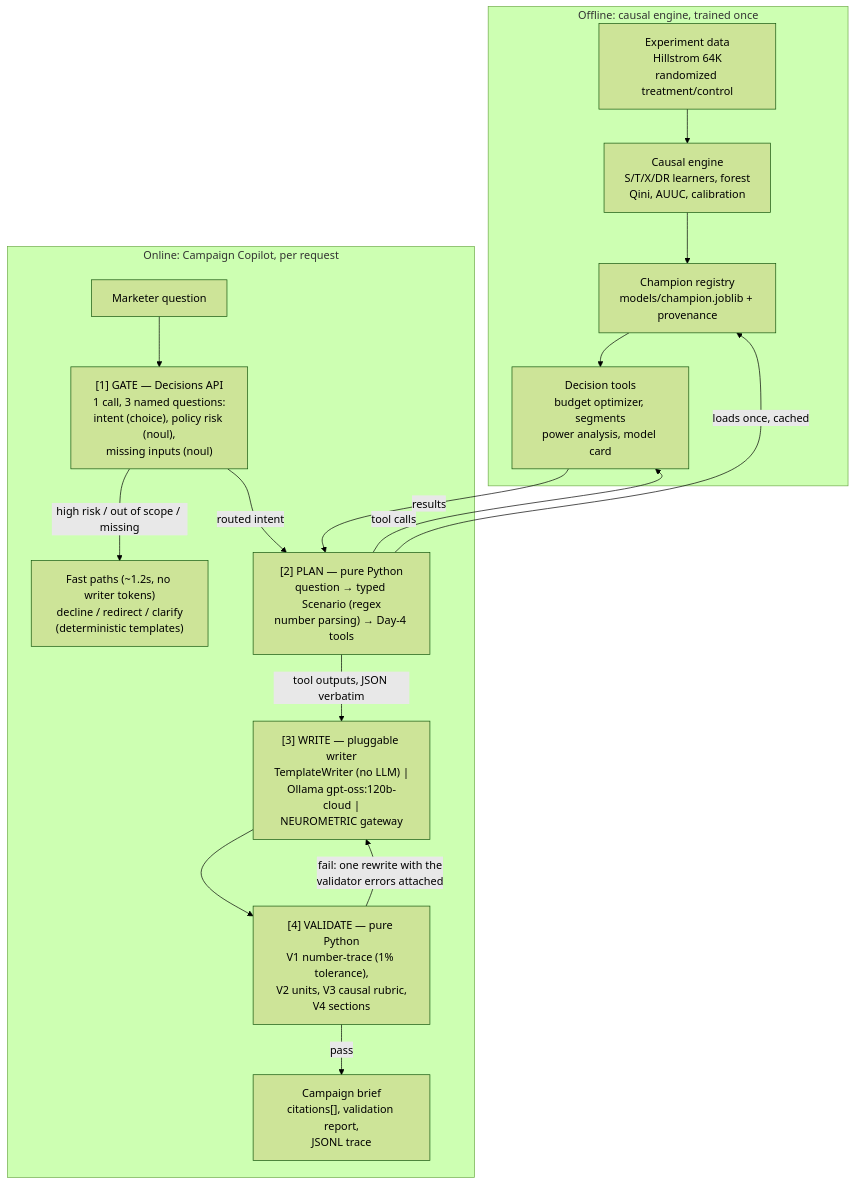
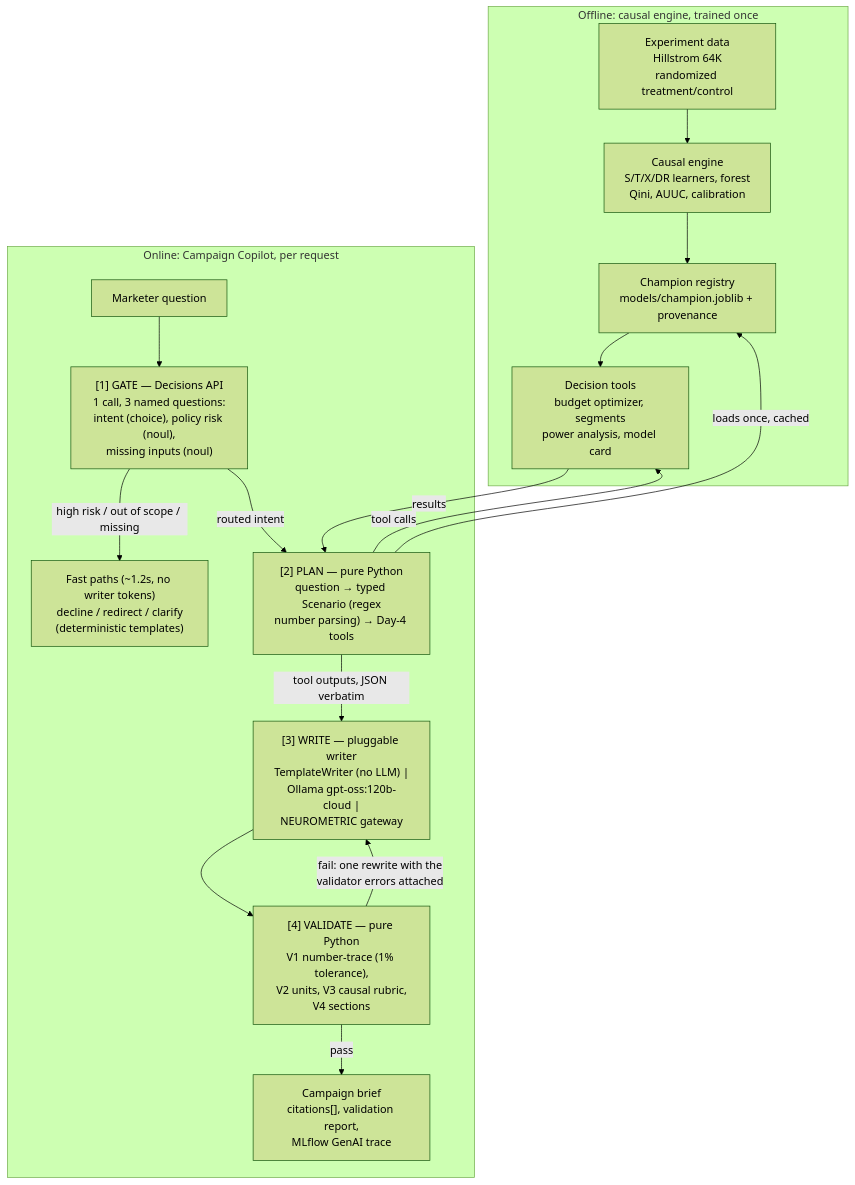
One commit to Nikhilsharma508/SmartSpend changed the diagram in PROJECT.md. Above: the diagram before and after it, drawn with Mermaid (forest theme). The commit also changed other lines of this file and 13 other files, not shown here.

Commit message:
Remove JSONL copilot traces in favor of MLflow GenAI traces

````diff
--- a/PROJECT.md
+++ b/PROJECT.md
@@ -60,20 +60,20 @@
 ```mermaid
 flowchart TB
     subgraph OFF["Offline: causal engine, trained once"]
         D["Experiment data<br/>Hillstrom 64K<br/>randomized treatment/control"] --> E["Causal engine<br/>S/T/X/DR learners, forest<br/>Qini, AUUC, calibration"]
         E --> REG["Champion registry<br/>models/champion.joblib + provenance"]
         REG --> T["Decision tools<br/>budget optimizer, segments<br/>power analysis, model card"]
     end
     subgraph ON["Online: Campaign Copilot, per request"]
         Q["Marketer question"] --> R["[1] GATE — Decisions API<br/>1 call, 3 named questions:<br/>intent (choice), policy risk (noul),<br/>missing inputs (noul)"]
         R -->|"high risk / out of scope / missing"| F["Fast paths (~1.2s, no writer tokens)<br/>decline / redirect / clarify<br/>(deterministic templates)"]
         R -->|routed intent| P["[2] PLAN — pure Python<br/>question → typed Scenario (regex<br/>number parsing) → Day-4 tools"]
         P -->|"tool outputs, JSON verbatim"| W["[3] WRITE — pluggable writer<br/>TemplateWriter (no LLM) |<br/>Ollama gpt-oss:120b-cloud |<br/>NEUROMETRIC gateway"]
         W --> V["[4] VALIDATE — pure Python<br/>V1 number-trace (1% tolerance),<br/>V2 units, V3 causal rubric,<br/>V4 sections"]
         V -->|"fail: one rewrite with the<br/>validator errors attached"| W
-        V -->|pass| O["Campaign brief<br/>citations[], validation report,<br/>JSONL trace"]
+        V -->|pass| O["Campaign brief<br/>citations[], validation report,<br/>MLflow GenAI trace"]
     end
     P -->|loads once, cached| REG
     P -->|tool calls| T
     T -->|results| P
 ```
````
